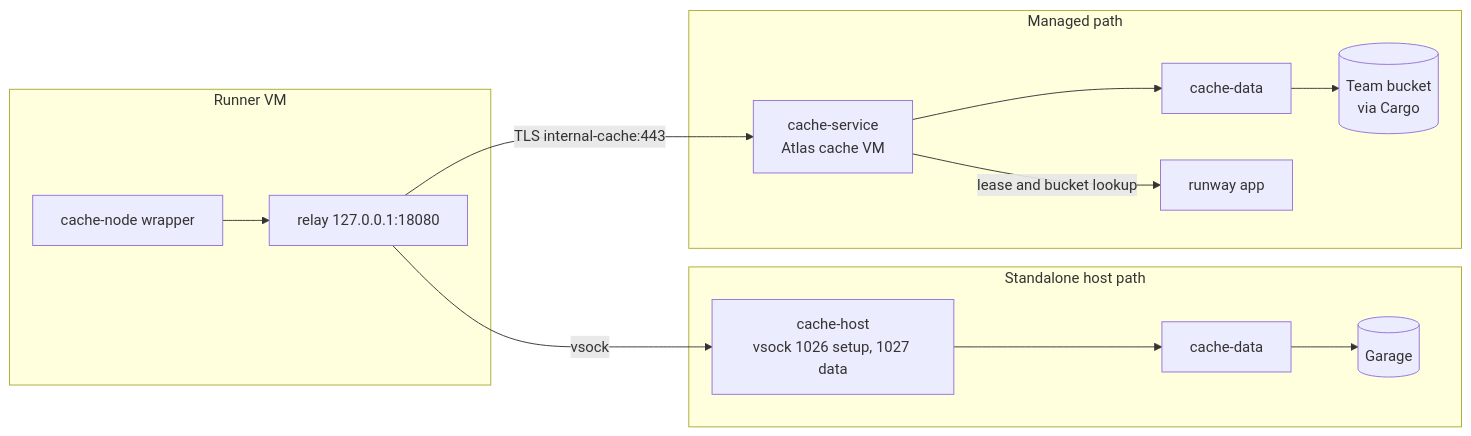
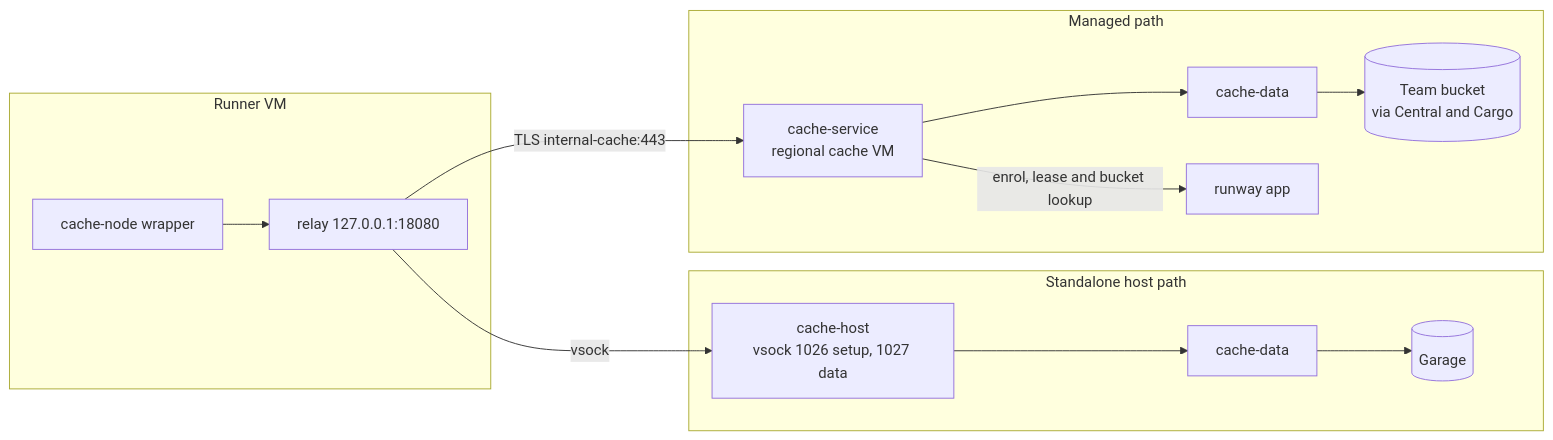
Before and after one commit to BreadGenie/runway-controller: the third of 3 diagrams in docs/architecture.md, drawn with Mermaid. The commit also changed other lines of this file, not shown here.

Commit message:
docs: describe the separate site, cache enrolment and job confirmation

````diff
--- a/docs/architecture.md
+++ b/docs/architecture.md
@@ -95,17 +97,17 @@
 ```mermaid
 flowchart LR
     subgraph Guest[Runner VM]
         W[cache-node wrapper] --> R[relay 127.0.0.1:18080]
     end
     subgraph Standalone[Standalone host path]
         H[cache-host<br/>vsock 1026 setup, 1027 data] --> D1[cache-data]
         D1 --> G1[(Garage)]
     end
     subgraph Managed[Managed path]
-        S[cache-service<br/>Atlas cache VM] --> D2[cache-data]
-        D2 --> B[(Team bucket<br/>via Cargo)]
-        S -->|lease and bucket lookup| RA[runway app]
+        S[cache-service<br/>regional cache VM] --> D2[cache-data]
+        D2 --> B[(Team bucket<br/>via Central and Cargo)]
+        S -->|enrol, lease and bucket lookup| RA[runway app]
     end
     R -->|vsock| H
     R -->|TLS internal-cache:443| S
 ```
````
